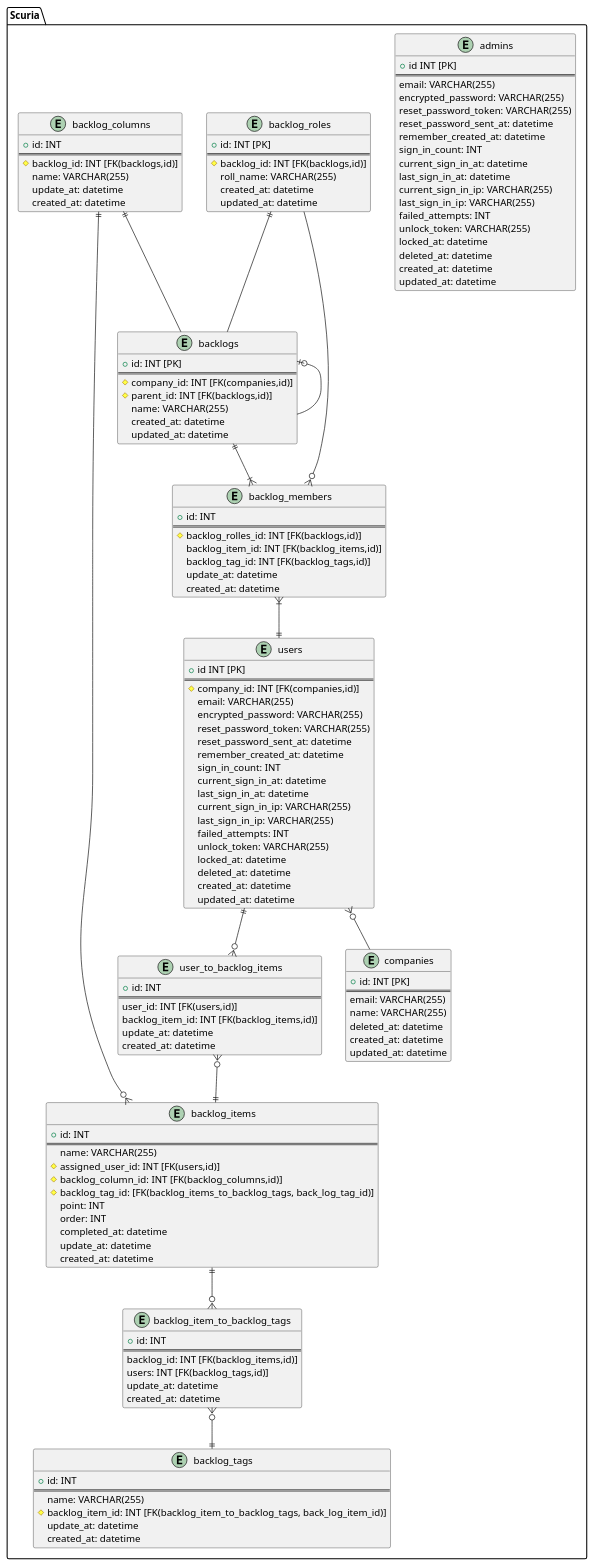
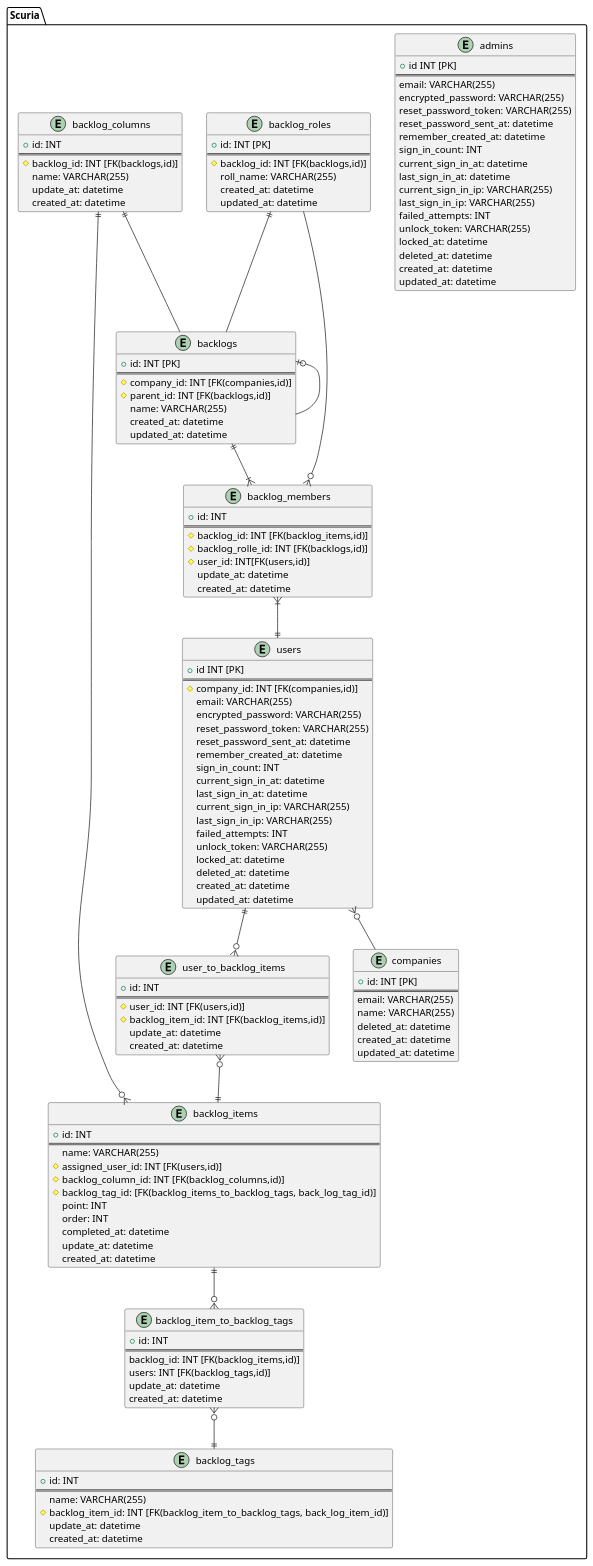
The diagram in docs/er.pu (slill33/Scuria), drawn with PlantUML before and after one commit. The commit also changed 1 other file, not shown here.

```diff
--- a/docs/er.pu
+++ b/docs/er.pu
@@ -1,165 +1,165 @@
 @startuml
 
 ' hide the spot
 ' hide circle
 
 ' avoid problems with angled crows feet
 ' skinparam linetype ortho
 
 
 package "Scuria" {
   entity "users" {
     + id INT [PK]
     ==
     # company_id: INT [FK(companies,id)]
     email: VARCHAR(255)
     encrypted_password: VARCHAR(255)
     reset_password_token: VARCHAR(255)
     reset_password_sent_at: datetime
     remember_created_at: datetime
     sign_in_count: INT
     current_sign_in_at: datetime
     last_sign_in_at: datetime
     current_sign_in_ip: VARCHAR(255)
     last_sign_in_ip: VARCHAR(255)
     failed_attempts: INT
     unlock_token: VARCHAR(255)
     locked_at: datetime
     deleted_at: datetime
     created_at: datetime
     updated_at: datetime
   }
 
   entity "admins" {
      + id INT [PK]
     ==
     email: VARCHAR(255)
     encrypted_password: VARCHAR(255)
     reset_password_token: VARCHAR(255)
     reset_password_sent_at: datetime
     remember_created_at: datetime
     sign_in_count: INT
     current_sign_in_at: datetime
     last_sign_in_at: datetime
     current_sign_in_ip: VARCHAR(255)
     last_sign_in_ip: VARCHAR(255)
     failed_attempts: INT
     unlock_token: VARCHAR(255)
     locked_at: datetime
     deleted_at: datetime
     created_at: datetime
     updated_at: datetime
   }
 
   entity "companies" {
     + id: INT [PK]
     ==
     email: VARCHAR(255)
     name: VARCHAR(255)
     deleted_at: datetime
     created_at: datetime
     updated_at: datetime
   }
 
   entity "backlog_roles" {
     + id: INT [PK]
     ==
     # backlog_id: INT [FK(backlogs,id)]
     roll_name: VARCHAR(255)
     created_at: datetime
     updated_at: datetime
   }
 
 
   entity "backlogs" {
     + id: INT [PK]
     ==
     # company_id: INT [FK(companies,id)]
     # parent_id: INT [FK(backlogs,id)] 
     name: VARCHAR(255)
     created_at: datetime
     updated_at: datetime 
   }
 
   entity "backlog_columns" {
     +id: INT
     ==
     # backlog_id: INT [FK(backlogs,id)]
     name: VARCHAR(255)
     update_at: datetime
     created_at: datetime
   }
 
 
   entity "backlog_items" {
     +id: INT
     ==
     name: VARCHAR(255)
     # assigned_user_id: INT [FK(users,id)]
     # backlog_column_id: INT [FK(backlog_columns,id)]
     # backlog_tag_id: [FK(backlog_items_to_backlog_tags, back_log_tag_id)]
     point: INT
     order: INT
     completed_at: datetime
     update_at: datetime
     created_at: datetime
   }
 
   entity "backlog_item_to_backlog_tags" {
     +id: INT
     ==
     backlog_id: INT [FK(backlog_items,id)]
     users: INT [FK(backlog_tags,id)]
     update_at: datetime
     created_at: datetime
   }
 
 
   entity "backlog_members" {
     +id: INT
     ==
-    # backlog_rolles_id: INT [FK(backlogs,id)]
-    backlog_item_id: INT [FK(backlog_items,id)]
-    backlog_tag_id: INT [FK(backlog_tags,id)]
+    # backlog_id: INT [FK(backlog_items,id)]
+    # backlog_rolle_id: INT [FK(backlogs,id)]
+    # user_id: INT[FK(users,id)]
     update_at: datetime
     created_at: datetime
   }
 
   entity "backlog_tags" {
     +id: INT
     ==
     name: VARCHAR(255)
     # backlog_item_id: INT [FK(backlog_item_to_backlog_tags, back_log_item_id)]
     update_at: datetime
     created_at: datetime
   }
 
   entity "user_to_backlog_items" {
     +id: INT
     ==
-    user_id: INT [FK(users,id)]
-    backlog_item_id: INT [FK(backlog_items,id)]
+    # user_id: INT [FK(users,id)]
+    # backlog_item_id: INT [FK(backlog_items,id)]
     update_at: datetime
     created_at: datetime
   }
 
 
   users }o-- companies
   backlog_roles ||-- backlogs
   backlogs |o-- backlogs
 
   backlog_columns ||-- backlogs
   backlog_columns ||--o{ backlog_items
   backlog_items ||--o{ backlog_item_to_backlog_tags
   backlog_item_to_backlog_tags }o--||backlog_tags
   backlogs ||--|{ backlog_members
   backlog_members}|--||users
 
   backlog_roles --o{ backlog_members
   users ||--o{ user_to_backlog_items
   user_to_backlog_items }o--|| backlog_items
 
 }
 
 
 @enduml
```
